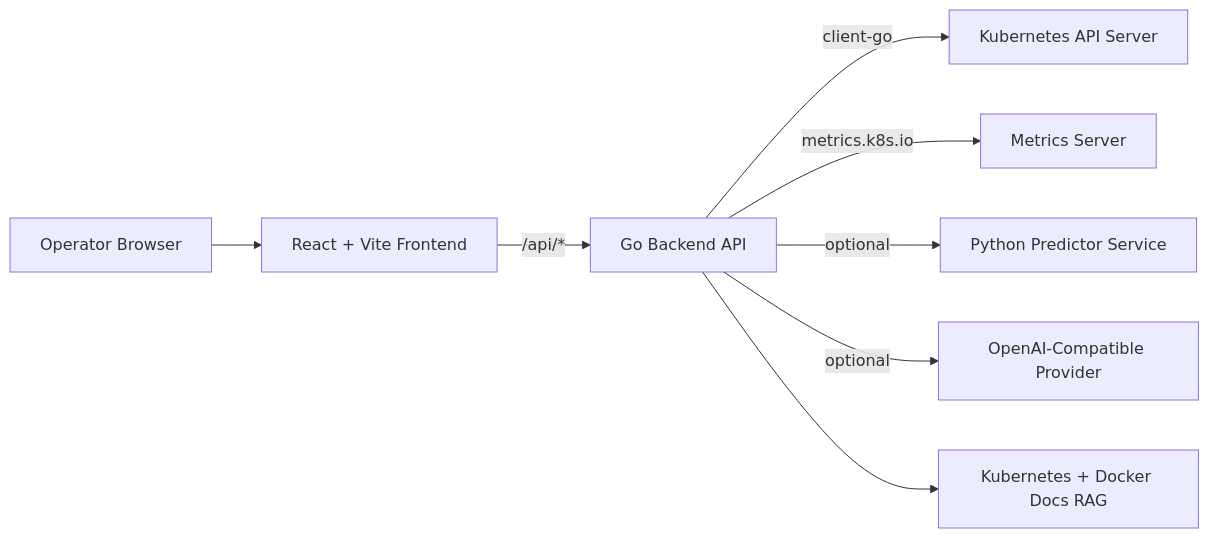
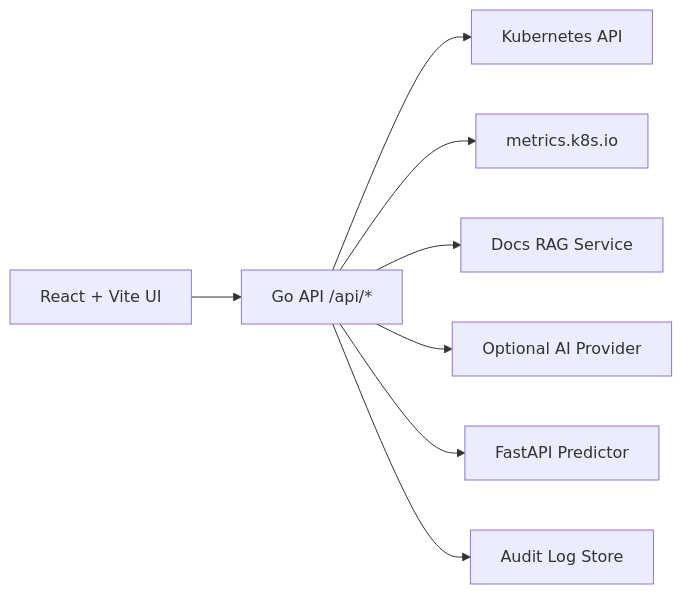
The diagram in README.md (AnouarMohamed/KubLens-AI), drawn with Mermaid before and after one commit. The commit also changed other lines of this file and 105 other files, not shown here.

````diff
--- a/README.md
+++ b/README.md
@@ -50,10 +48,10 @@
 ```mermaid
-graph LR
-  U[Operator Browser] --> FE[React + Vite Frontend]
-  FE -->|/api/*| BE[Go Backend API]
-  BE -->|client-go| K8S[Kubernetes API Server]
-  BE -->|metrics.k8s.io| MS[Metrics Server]
-  BE -->|optional| PRED[Python Predictor Service]
-  BE -->|optional| AI[OpenAI-Compatible Provider]
-  BE --> RAG[Kubernetes + Docker Docs RAG]
+flowchart LR
+  UI[React + Vite UI] --> API[Go API /api/*]
+  API --> K8S[Kubernetes API]
+  API --> METRICS[metrics.k8s.io]
+  API --> RAG[Docs RAG Service]
+  API --> AI[Optional AI Provider]
+  API --> PRED[FastAPI Predictor]
+  API --> AUDIT[Audit Log Store]
 ```
````
